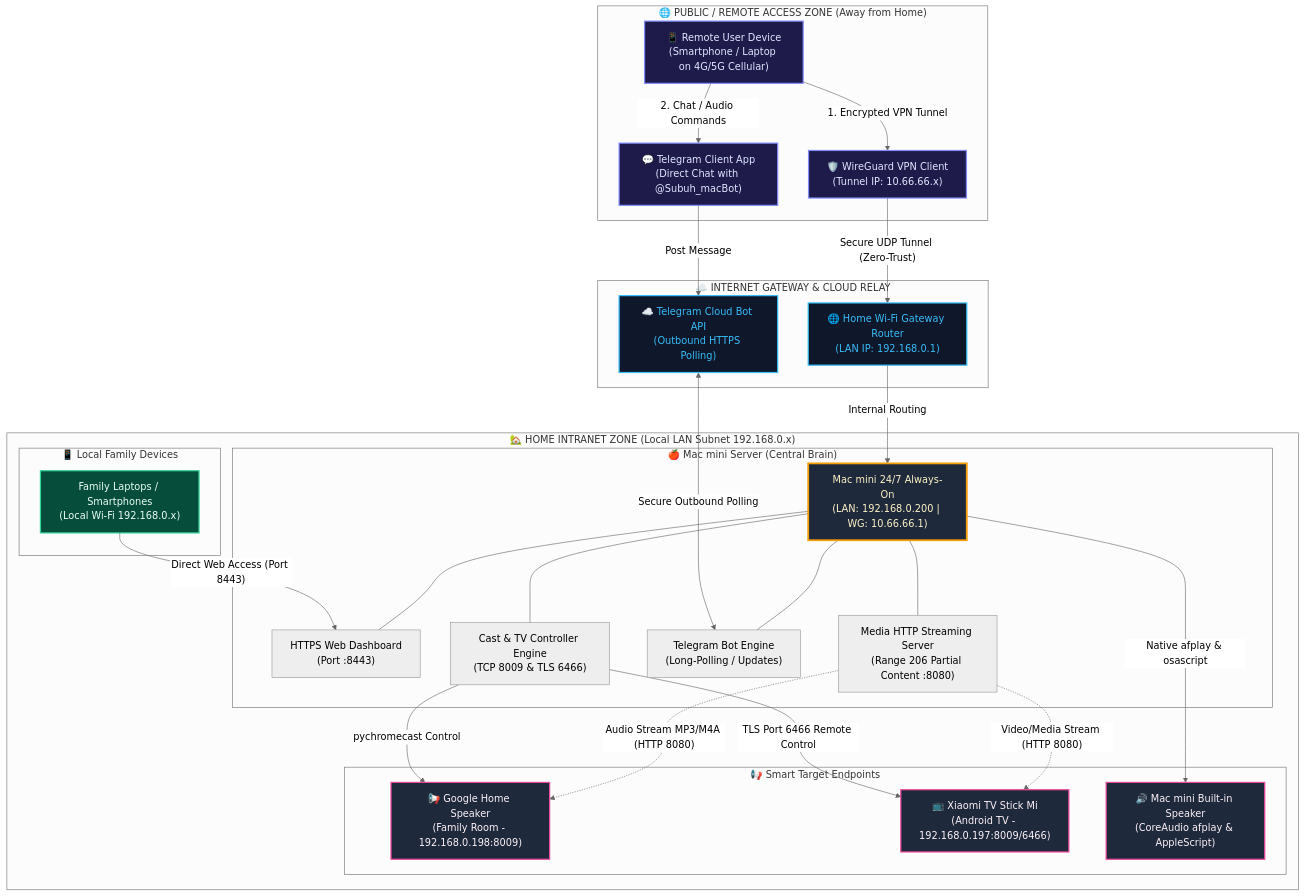
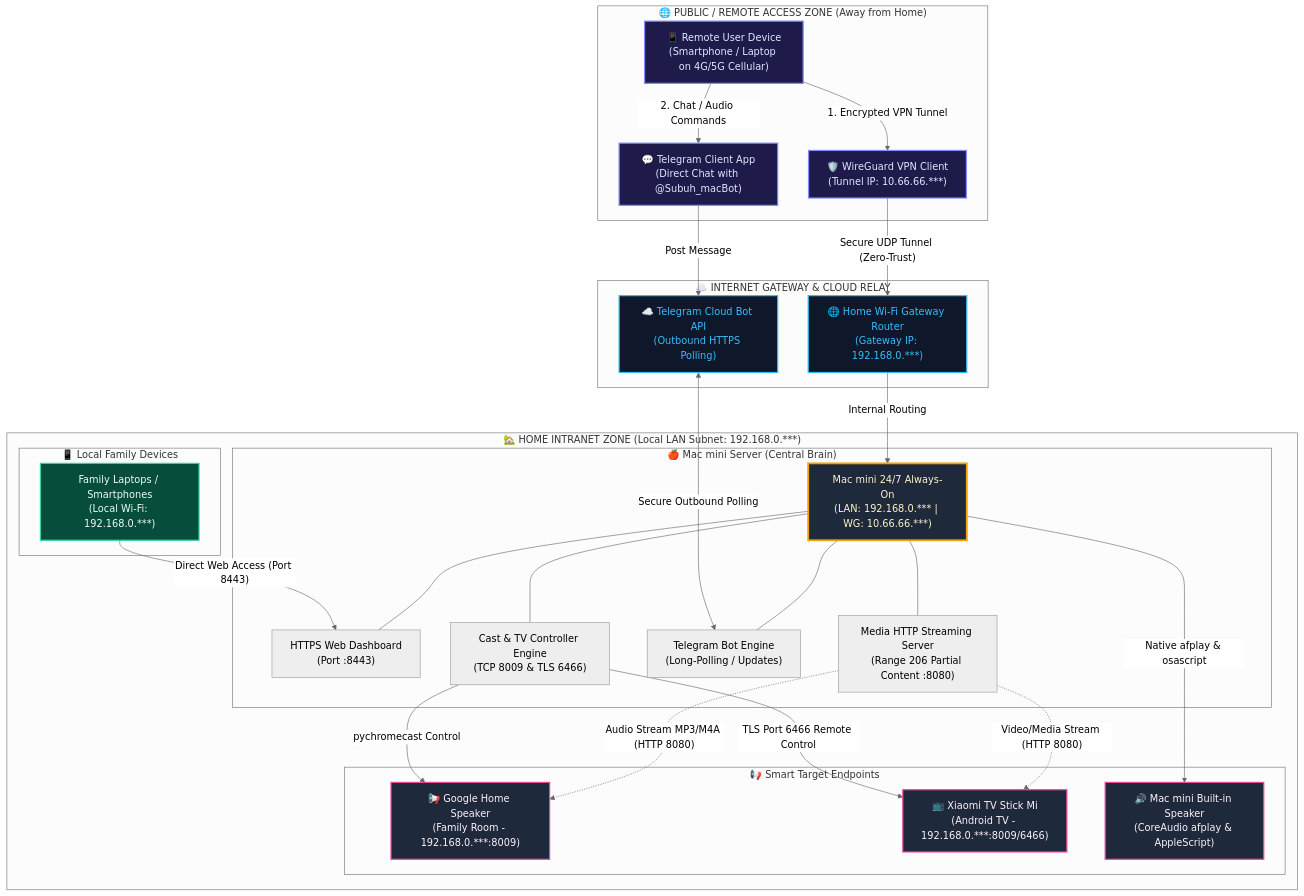
One commit to subuh-kurniawan/mac-home-server changed the second of 3 diagrams in README.en.md. Above: the diagram before and after it, drawn with Mermaid (neutral theme). The commit also changed 5 other files, not shown here.

````diff
--- a/README.en.md
+++ b/README.en.md
@@ -95,65 +95,65 @@
 ```mermaid
 flowchart TD
     %% Styling Classes
     classDef remoteZone fill:#1e1b4b,stroke:#818cf8,stroke-width:2px,color:#e0e7ff;
     classDef publicCloud fill:#0f172a,stroke:#38bdf8,stroke-width:2px,color:#38bdf8;
     classDef lanZone fill:#064e3b,stroke:#34d399,stroke-width:2px,color:#ecfdf5;
     classDef serverNode fill:#1e293b,stroke:#f59e0b,stroke-width:3px,color:#fef3c7;
     classDef deviceNode fill:#1e293b,stroke:#ec4899,stroke-width:2px,color:#fdf2f8;
 
     subgraph RemoteAccess ["🌐 PUBLIC / REMOTE ACCESS ZONE (Away from Home)"]
         UserRemote["📱 Remote User Device\n(Smartphone / Laptop on 4G/5G Cellular)"]:::remoteZone
-        WGClient["🛡️ WireGuard VPN Client\n(Tunnel IP: 10.66.66.x)"]:::remoteZone
+        WGClient["🛡️ WireGuard VPN Client\n(Tunnel IP: 10.66.66.***)"]:::remoteZone
         TelegramApp["💬 Telegram Client App\n(Direct Chat with @Subuh_macBot)"]:::remoteZone
     end
 
     subgraph CloudRelay ["☁️ INTERNET GATEWAY & CLOUD RELAY"]
         TelegramCloud["☁️ Telegram Cloud Bot API\n(Outbound HTTPS Polling)"]:::publicCloud
-        HomeRouter["🌐 Home Wi-Fi Gateway Router\n(LAN IP: 192.168.0.1)"]:::publicCloud
+        HomeRouter["🌐 Home Wi-Fi Gateway Router\n(Gateway IP: 192.168.0.***)"]:::publicCloud
     end
 
-    subgraph HomeLAN ["🏡 HOME INTRANET ZONE (Local LAN Subnet 192.168.0.x)"]
+    subgraph HomeLAN ["🏡 HOME INTRANET ZONE (Local LAN Subnet: 192.168.0.***)"]
         subgraph HostServer ["🍎 Mac mini Server (Central Brain)"]
-            MacMini["Mac mini 24/7 Always-On\n(LAN: 192.168.0.200 | WG: 10.66.66.1)"]:::serverNode
+            MacMini["Mac mini 24/7 Always-On\n(LAN: 192.168.0.*** | WG: 10.66.66.***)"]:::serverNode
             WebHTTPS["HTTPS Web Dashboard\n(Port :8443)"]
             StreamServer["Media HTTP Streaming Server\n(Range 206 Partial Content :8080)"]
             BotDaemon["Telegram Bot Engine\n(Long-Polling / Updates)"]
             CastDaemon["Cast & TV Controller Engine\n(TCP 8009 & TLS 6466)"]
         end
 
         subgraph LocalClients ["📱 Local Family Devices"]
-            FamilyDevices["Family Laptops / Smartphones\n(Local Wi-Fi 192.168.0.x)"]:::lanZone
+            FamilyDevices["Family Laptops / Smartphones\n(Local Wi-Fi: 192.168.0.***)"]:::lanZone
         end
 
         subgraph SmartEndpoints ["📢 Smart Target Endpoints"]
-            GH["📢 Google Home Speaker\n(Family Room - 192.168.0.198:8009)"]:::deviceNode
-            TVStick["📺 Xiaomi TV Stick Mi\n(Android TV - 192.168.0.197:8009/6466)"]:::deviceNode
+            GH["📢 Google Home Speaker\n(Family Room - 192.168.0.***:8009)"]:::deviceNode
+            TVStick["📺 Xiaomi TV Stick Mi\n(Android TV - 192.168.0.***:8009/6466)"]:::deviceNode
             MacAudio["🔊 Mac mini Built-in Speaker\n(CoreAudio afplay & AppleScript)"]:::deviceNode
         end
     end
 
     %% Remote Connection Paths
     UserRemote -->|"1. Encrypted VPN Tunnel"| WGClient
     WGClient -->|"Secure UDP Tunnel (Zero-Trust)"| HomeRouter
     HomeRouter -->|"Internal Routing"| MacMini
 
     UserRemote -->|"2. Chat / Audio Commands"| TelegramApp
     TelegramApp -->|"Post Message"| TelegramCloud
     TelegramCloud <-->|"Secure Outbound Polling"| BotDaemon
 
     %% Local Connection Paths
     FamilyDevices -->|"Direct Web Access (Port 8443)"| WebHTTPS
 
     %% Server Internal Wiring
     MacMini --- WebHTTPS
     MacMini --- StreamServer
     MacMini --- BotDaemon
     MacMini --- CastDaemon
 
     %% Control & Streaming Paths
     CastDaemon -->|"pychromecast Control"| GH
     CastDaemon -->|"TLS Port 6466 Remote Control"| TVStick
     StreamServer -.->|"Audio Stream MP3/M4A (HTTP 8080)"| GH
     StreamServer -.->|"Video/Media Stream (HTTP 8080)"| TVStick
     MacMini -->|"Native afplay & osascript"| MacAudio
 ```
````
